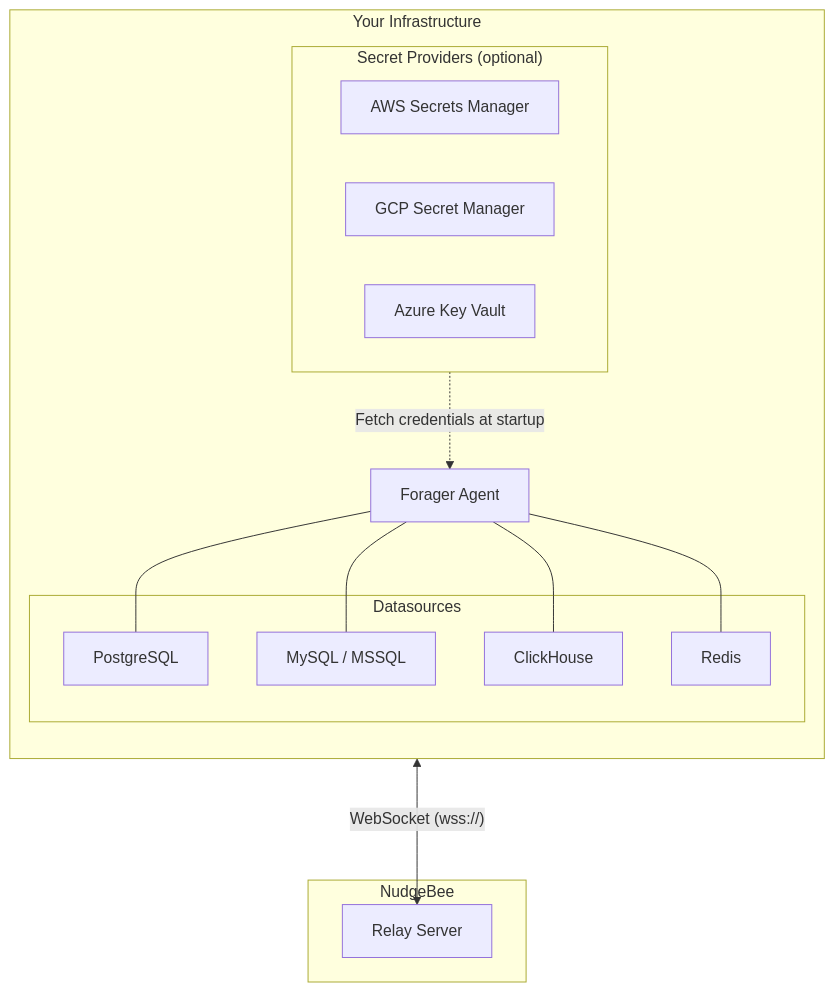
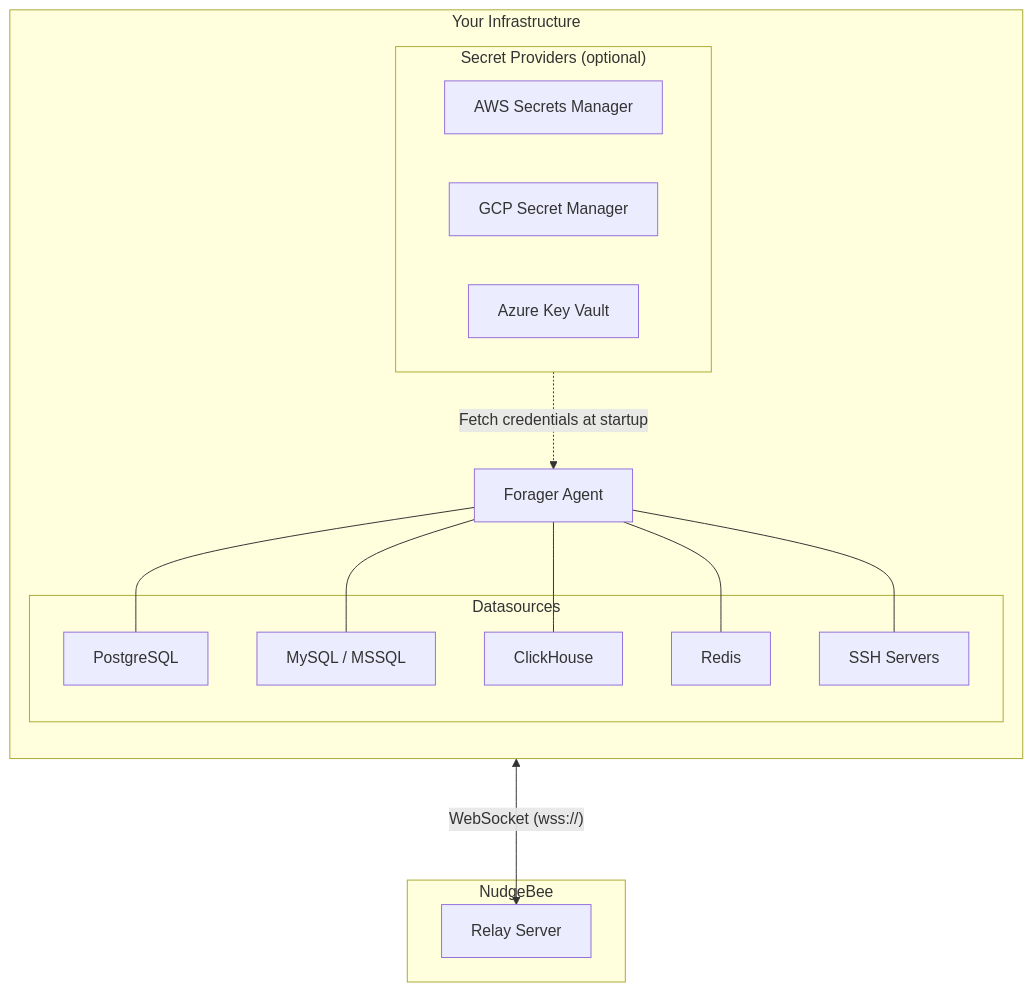
One commit to nudgebee/nudgebee-docs changed the diagram in doc-server/docs/installation/proxy-agent/overview.md. Above: the diagram before and after it, drawn with Mermaid. The commit also changed other lines of this file and 1 other file, not shown here.

First line of the commit message:
docs: add SSH datasource to proxy agent documentation

````diff
--- a/doc-server/docs/installation/proxy-agent/overview.md
+++ b/doc-server/docs/installation/proxy-agent/overview.md
@@ -22,33 +23,35 @@
 ```mermaid
 flowchart TB
     subgraph infra["Your Infrastructure"]
         direction TB
         F["Forager Agent"]
 
         subgraph ds["Datasources"]
             PG["PostgreSQL"]
             MY["MySQL / MSSQL"]
             CH["ClickHouse"]
             RD["Redis"]
+            SSH["SSH Servers"]
         end
 
         subgraph secrets["Secret Providers (optional)"]
             AWS["AWS Secrets Manager"]
             GCP["GCP Secret Manager"]
             AZ["Azure Key Vault"]
         end
     end
 
     subgraph nb["NudgeBee"]
         RS["Relay Server"]
     end
 
     F <--->|"WebSocket (wss://)"| RS
 
     F --- PG
     F --- MY
     F --- CH
     F --- RD
+    F --- SSH
 
     secrets -.->|"Fetch credentials at startup"| F
 ```
````
